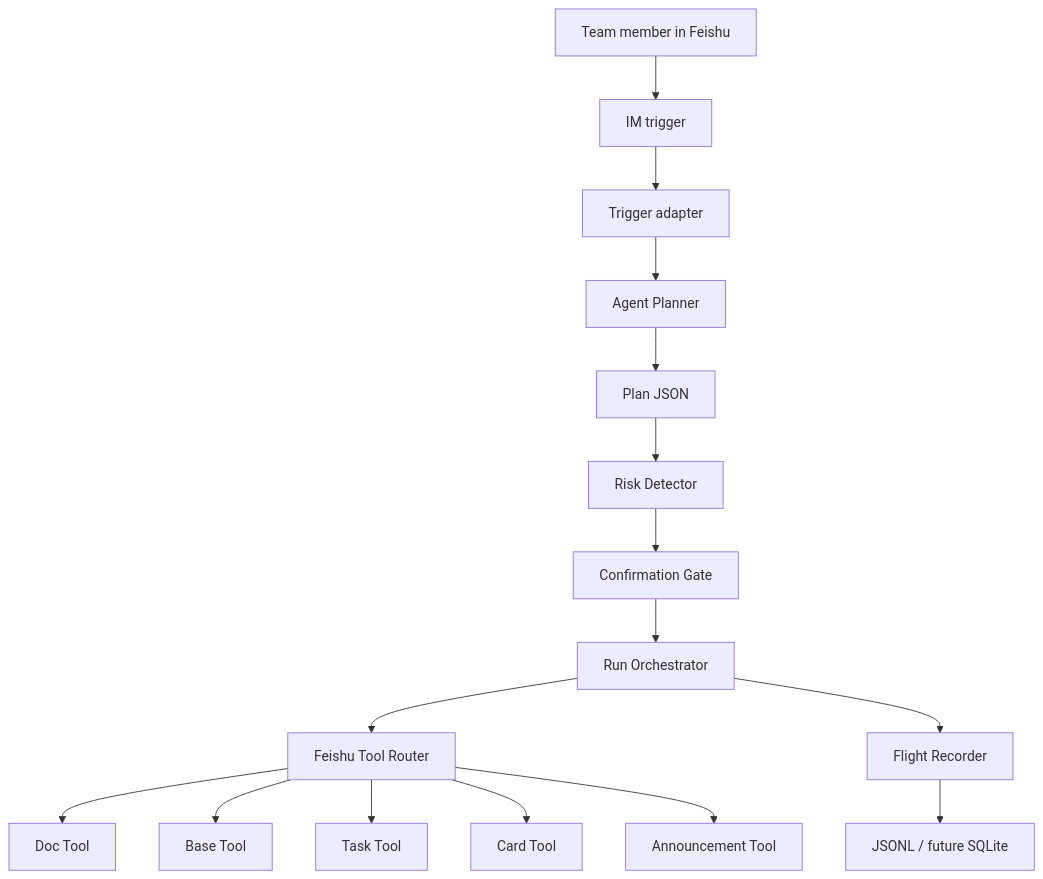
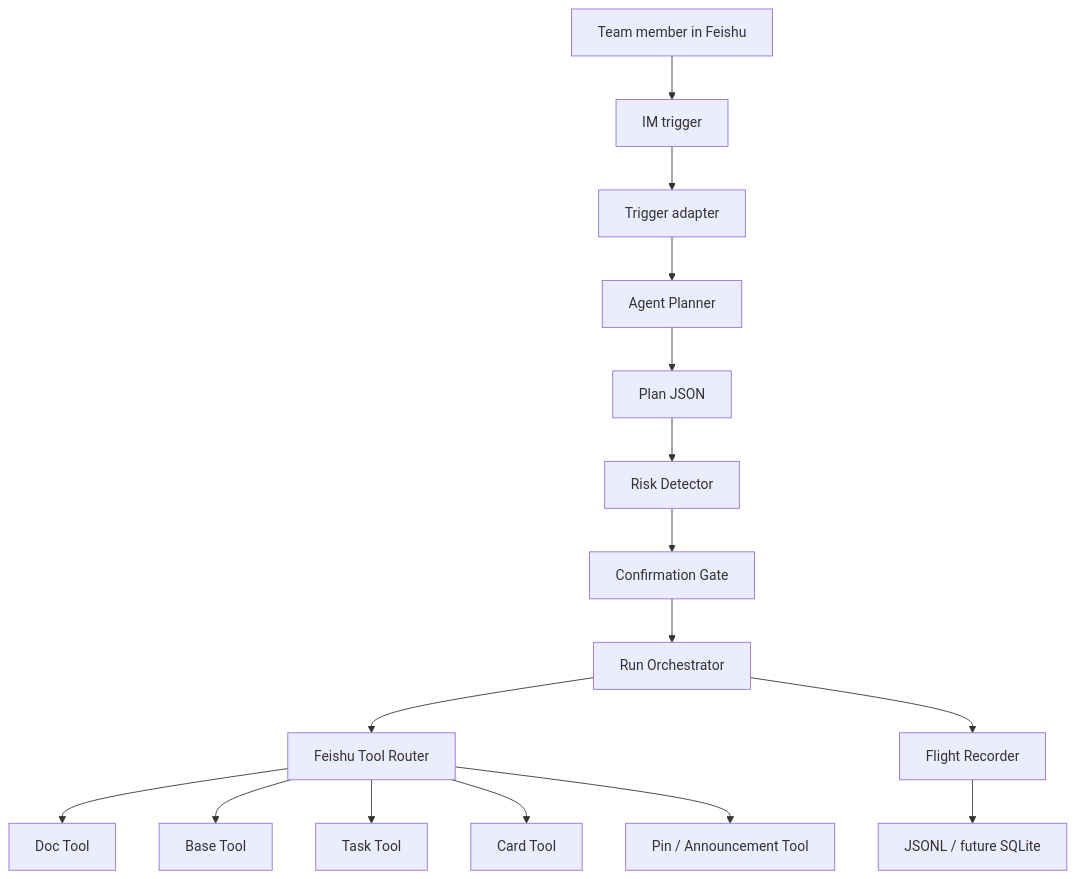
Before and after one commit to DeliciousBuding/pilot-flow: the first of 4 diagrams in docs/ARCHITECTURE.md, drawn with Mermaid. The commit also changed other lines of this file and 14 other files, not shown here.

Commit message:
Add pinned project entry flow

````diff
--- a/docs/ARCHITECTURE.md
+++ b/docs/ARCHITECTURE.md
@@ -13,18 +13,18 @@
 ```mermaid
 flowchart TB
     User["Team member in Feishu"] --> IM["IM trigger"]
     IM --> Trigger["Trigger adapter"]
     Trigger --> Planner["Agent Planner"]
     Planner --> Plan["Plan JSON"]
     Plan --> Risk["Risk Detector"]
     Risk --> Gate["Confirmation Gate"]
     Gate --> Orchestrator["Run Orchestrator"]
     Orchestrator --> Router["Feishu Tool Router"]
     Router --> Doc["Doc Tool"]
     Router --> Base["Base Tool"]
     Router --> Task["Task Tool"]
     Router --> Card["Card Tool"]
-    Router --> Ann["Announcement Tool"]
+    Router --> Pin["Pin / Announcement Tool"]
     Orchestrator --> Recorder["Flight Recorder"]
     Recorder --> Log["JSONL / future SQLite"]
 ```
````
